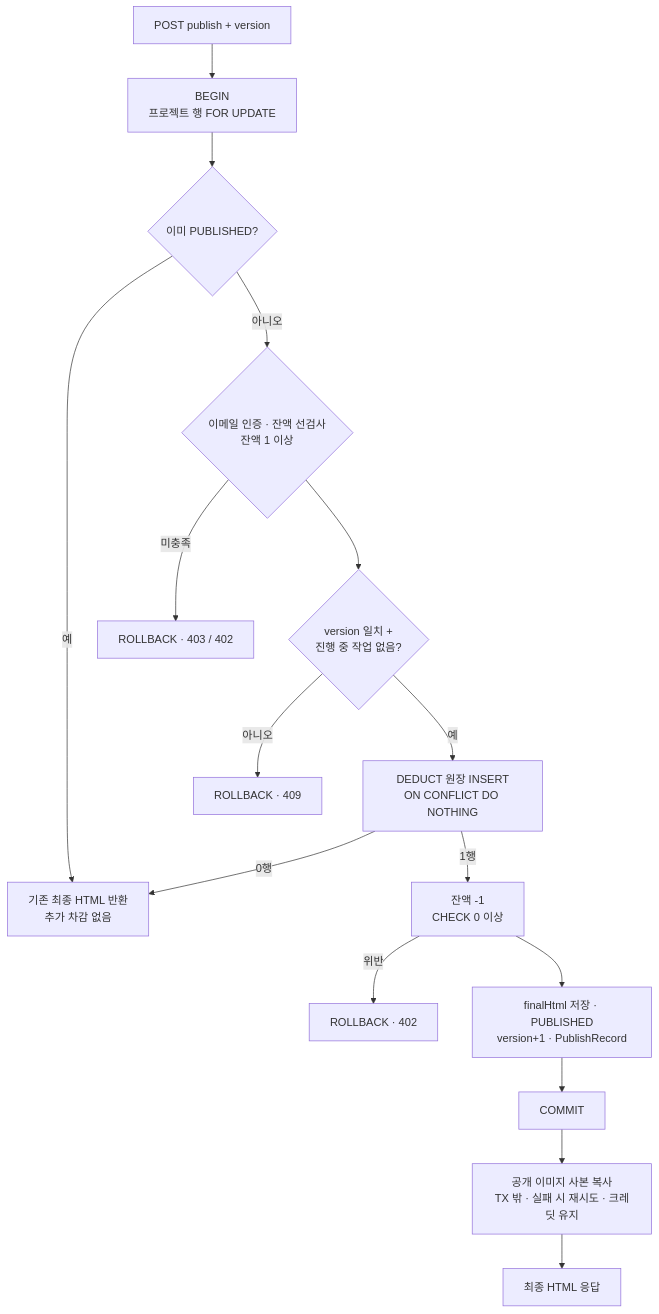
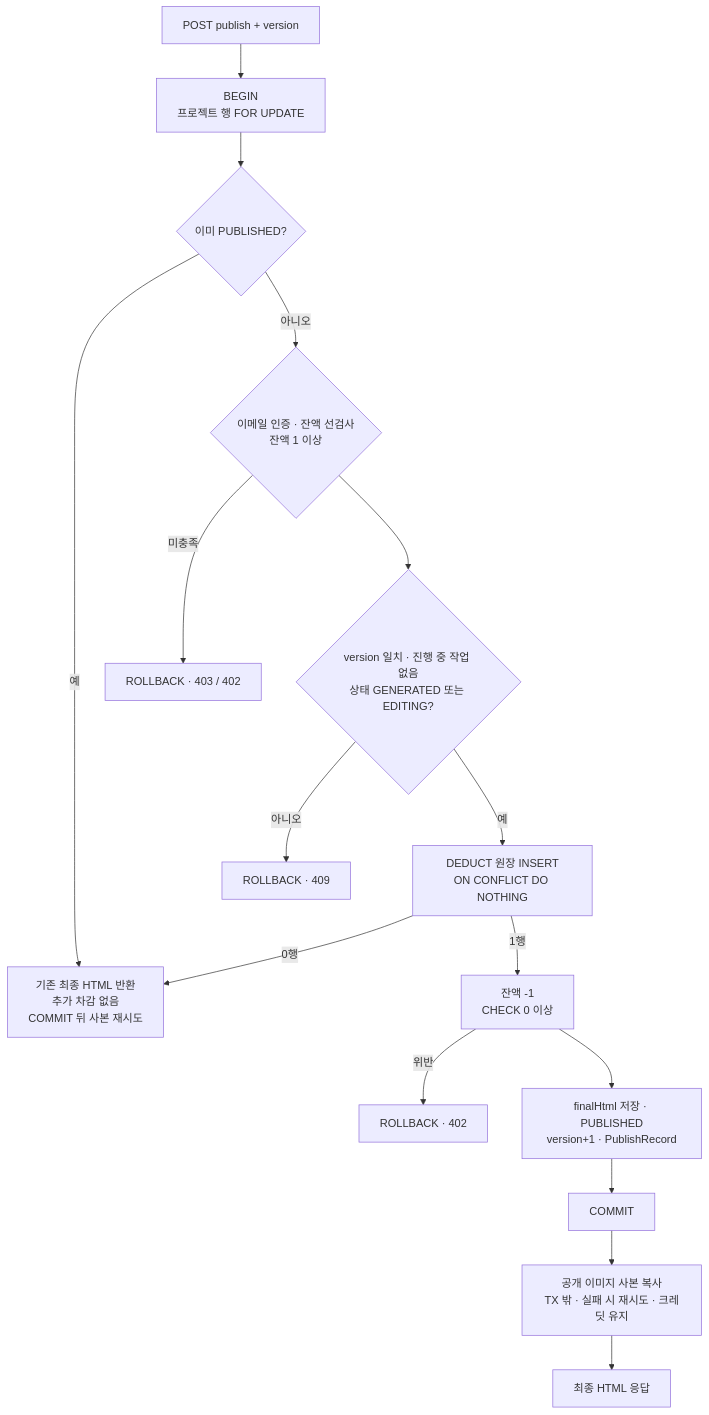
The second of 6 diagrams in docs/6-arch-diagram.md (hyunboee/cal-todo), drawn with Mermaid before and after one commit. The commit also changed other lines of this file and 12 other files, not shown here.

````diff
--- a/docs/6-arch-diagram.md
+++ b/docs/6-arch-diagram.md
@@ -103,18 +106,18 @@
 ```mermaid
 flowchart TD
     A["POST publish + version"] --> C["BEGIN<br/>프로젝트 행 FOR UPDATE"]
     C --> D{"이미 PUBLISHED?"}
-    D -->|예| OK["기존 최종 HTML 반환<br/>추가 차감 없음"]
+    D -->|예| OK["기존 최종 HTML 반환<br/>추가 차감 없음<br/>COMMIT 뒤 사본 재시도"]
     D -->|아니오| B{"이메일 인증 · 잔액 선검사<br/>잔액 1 이상"}
     B -->|미충족| X1["ROLLBACK · 403 / 402"]
-    B --> E{"version 일치 +<br/>진행 중 작업 없음?"}
+    B --> E{"version 일치 · 진행 중 작업 없음<br/>상태 GENERATED 또는 EDITING?"}
     E -->|아니오| X2["ROLLBACK · 409"]
     E -->|예| F["DEDUCT 원장 INSERT<br/>ON CONFLICT DO NOTHING"]
     F -->|0행| OK
     F -->|1행| G["잔액 -1<br/>CHECK 0 이상"]
     G -->|위반| X3["ROLLBACK · 402"]
     G --> H["finalHtml 저장 · PUBLISHED<br/>version+1 · PublishRecord"]
     H --> I["COMMIT"]
     I --> J["공개 이미지 사본 복사<br/>TX 밖 · 실패 시 재시도 · 크레딧 유지"]
     J --> K["최종 HTML 응답"]
 ```
````
